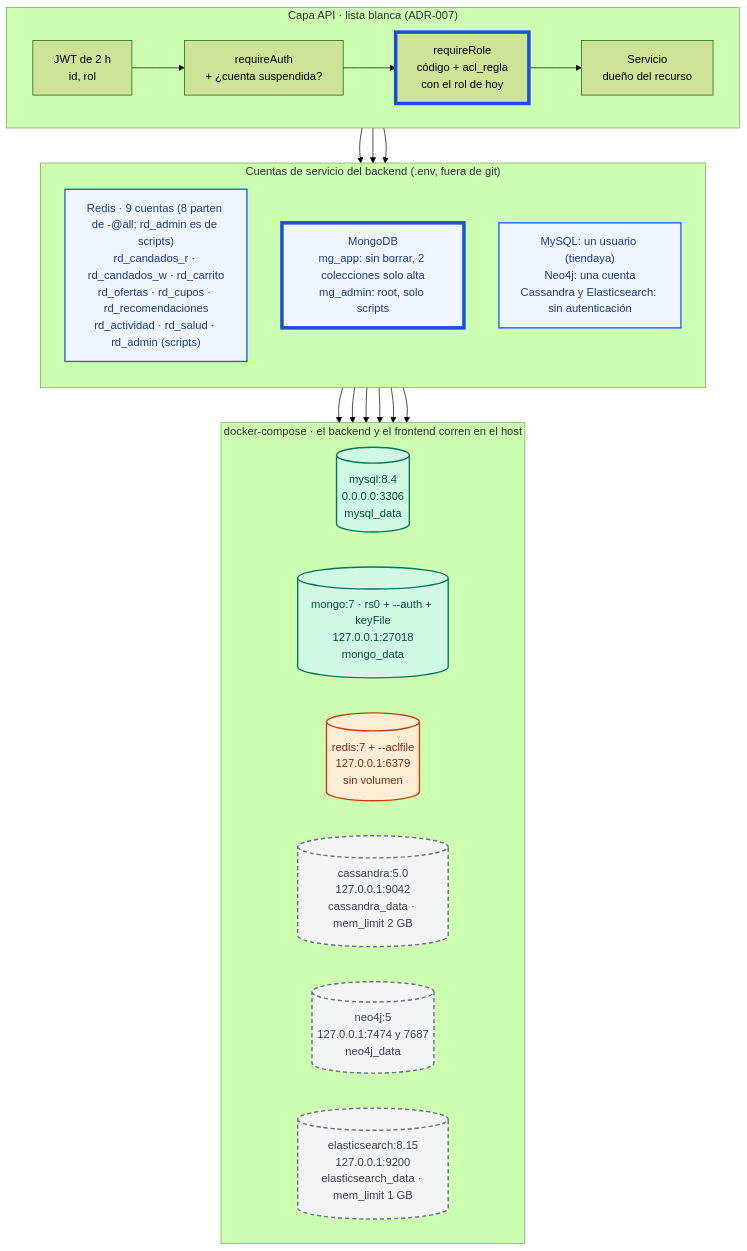
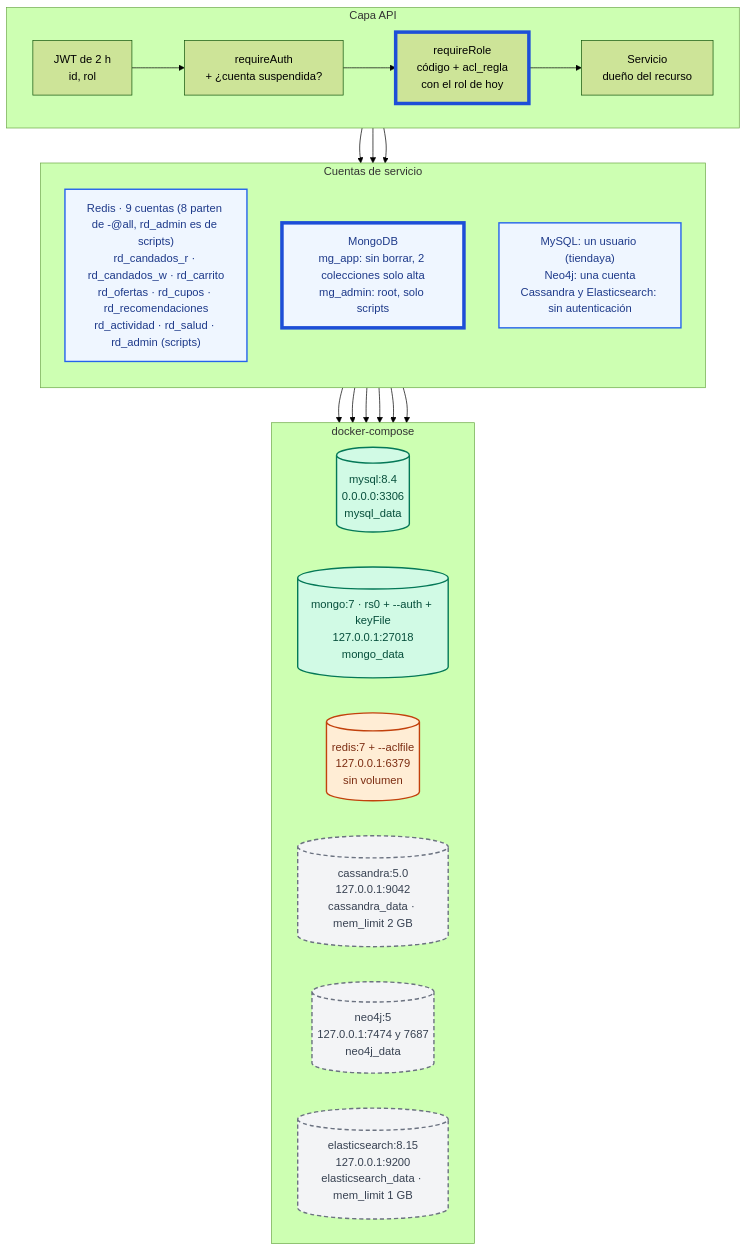
The fourth of 5 diagrams in IA/ARQUITECTURA-FINAL.md (VidStal12/Base_de_Datos_2_P), drawn with Mermaid (forest theme) before and after one commit. The commit also changed other lines of this file and 17 other files, not shown here.

````diff
--- a/IA/ARQUITECTURA-FINAL.md
+++ b/IA/ARQUITECTURA-FINAL.md
@@ -219,46 +225,46 @@
 ```mermaid
 flowchart TB
   classDef verdad fill:#d1fae5,stroke:#047857,stroke-width:2px,color:#064e3b
   classDef copia fill:#f3f4f6,stroke:#6b7280,stroke-width:2px,stroke-dasharray:6 4,color:#374151
   classDef volatil fill:#ffedd5,stroke:#c2410c,stroke-width:2px,color:#7c2d12
   classDef cuenta fill:#eff6ff,stroke:#2563eb,stroke-width:2px,color:#1e3a8a
   classDef nuevo stroke:#1d4ed8,stroke-width:5px
 
-  subgraph CAPAS["Capa API · lista blanca (ADR-007)"]
+  subgraph CAPAS["Capa API"]
     direction LR
     JWT["JWT de 2 h<br/>id, rol"] --> AUTH["requireAuth<br/>+ ¿cuenta suspendida?"] --> ROL["requireRole<br/>código + acl_regla<br/>con el rol de hoy"] --> SVC["Servicio<br/>dueño del recurso"]
   end
 
-  subgraph CUENTAS["Cuentas de servicio del backend (.env, fuera de git)"]
+  subgraph CUENTAS["Cuentas de servicio"]
     direction TB
-    RD["Redis · 9 cuentas (8 parten de -@all; rd_admin es de scripts)<br/>rd_candados_r · rd_candados_w · rd_carrito<br/>rd_ofertas · rd_cupos · rd_recomendaciones<br/>rd_actividad · rd_salud · rd_admin (scripts)"]
+    RD["Redis · 9 cuentas (8 parten de -@all, rd_admin es de scripts)<br/>rd_candados_r · rd_candados_w · rd_carrito<br/>rd_ofertas · rd_cupos · rd_recomendaciones<br/>rd_actividad · rd_salud · rd_admin (scripts)"]
     MGA["MongoDB<br/>mg_app: sin borrar, 2 colecciones solo alta<br/>mg_admin: root, solo scripts"]
     OTR["MySQL: un usuario (tiendaya)<br/>Neo4j: una cuenta<br/>Cassandra y Elasticsearch: sin autenticación"]
   end
 
-  subgraph DOCKER["docker-compose · el backend y el frontend corren en el host"]
+  subgraph DOCKER["docker-compose"]
     direction LR
     MY[("mysql:8.4<br/>0.0.0.0:3306<br/>mysql_data")]
     MG[("mongo:7 · rs0 + --auth + keyFile<br/>127.0.0.1:27018<br/>mongo_data")]
     RE[("redis:7 + --aclfile<br/>127.0.0.1:6379<br/>sin volumen")]
     CA[("cassandra:5.0<br/>127.0.0.1:9042<br/>cassandra_data · mem_limit 2 GB")]
     NE[("neo4j:5<br/>127.0.0.1:7474 y 7687<br/>neo4j_data")]
     ES[("elasticsearch:8.15<br/>127.0.0.1:9200<br/>elasticsearch_data · mem_limit 1 GB")]
   end
 
   SVC --> RD
   SVC --> MGA
   SVC --> OTR
   RD --> RE
   MGA --> MG
   OTR --> MY
   OTR --> NE
   OTR --> CA
   OTR --> ES
 
   class MY,MG verdad
   class RE volatil
   class CA,NE,ES copia
   class RD,MGA,OTR cuenta
   class ROL,MGA nuevo
 ```
````
